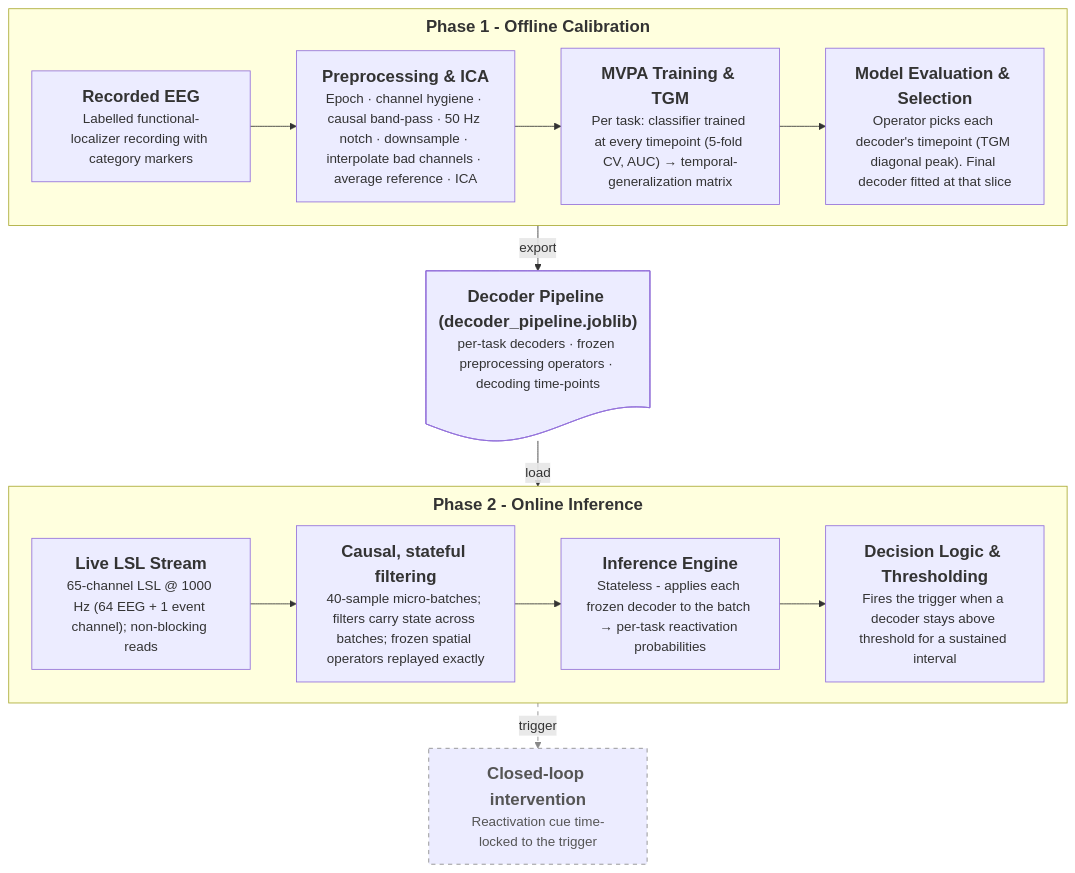
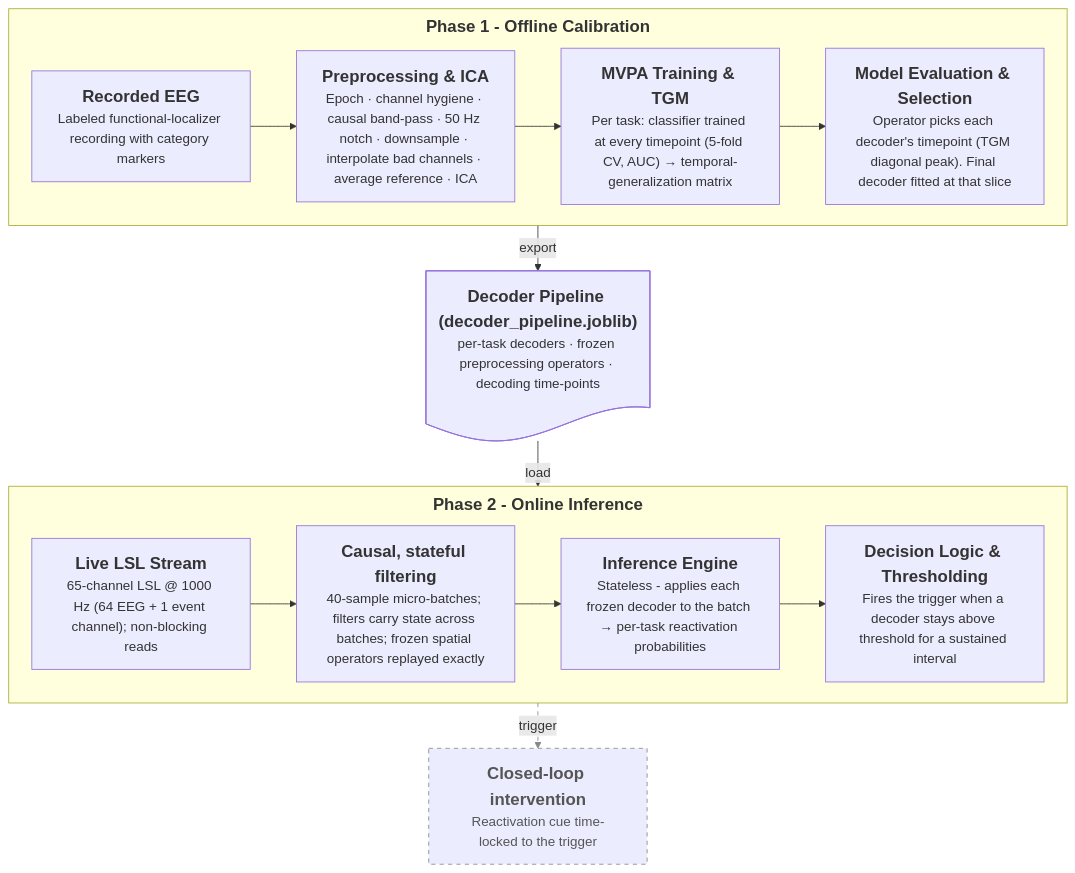
One commit to roiguri/live-reactivation-decoder changed the second of 3 diagrams in docs/diagrams/Project Diagrams Blueprints.md. Above: the diagram before and after it, drawn with Mermaid. The commit also changed other lines of this file and 3 other files, not shown here.

First line of the commit message:
docs(diagrams): add Figure 3 offline preprocessing pipeline

````diff
--- a/docs/diagrams/Project Diagrams Blueprints.md
+++ b/docs/diagrams/Project Diagrams Blueprints.md
@@ -94,41 +94,41 @@
 ```mermaid
 ---
 config:
   flowchart:
     subGraphTitleMargin:
       top: 6
       bottom: 16
     rankSpacing: 30
     nodeSpacing: 30
 ---
 flowchart TB
     subgraph P1["<span style='font-size:20px'><b>Phase 1 - Offline Calibration</b></span>"]
         direction LR
-        Data1["<span style='font-size:20px'><b>Recorded EEG</b></span><br>Labelled functional-localizer recording with category markers"]
+        Data1["<span style='font-size:20px'><b>Recorded EEG</b></span><br>Labeled functional-localizer recording with category markers"]
         Pre1["<span style='font-size:20px'><b>Preprocessing & ICA</b></span><br>Epoch · channel hygiene · causal band-pass · 50 Hz notch · downsample · interpolate bad channels · average reference · ICA"]
         Train1["<span style='font-size:20px'><b>MVPA Training & TGM</b></span><br>Per task: classifier trained at every timepoint (5-fold CV, AUC) → temporal-generalization matrix"]
         Sel1["<span style='font-size:20px'><b>Model Evaluation & Selection</b></span><br>Operator picks each decoder's timepoint (TGM diagonal peak). Final decoder fitted at that slice"]
         Data1 --> Pre1 --> Train1 --> Sel1
     end
 
     Pipe@{ shape: doc, label: "<span style='font-size:20px'><b>Decoder Pipeline (decoder_pipeline.joblib)</b></span><br>per-task decoders · frozen preprocessing operators · decoding time-points" }
 
     subgraph P2["<span style='font-size:20px'><b>Phase 2 - Online Inference</b></span>"]
         direction LR
         Stream2["<span style='font-size:20px'><b>Live LSL Stream</b></span><br>65-channel LSL @ 1000 Hz (64 EEG + 1 event channel); non-blocking reads"]
         Filt2["<span style='font-size:20px'><b>Causal, stateful filtering</b></span><br>40-sample micro-batches; filters carry state across batches; frozen spatial operators replayed exactly"]
         Inf2["<span style='font-size:20px'><b>Inference Engine</b></span><br>Stateless - applies each frozen decoder to the batch → per-task reactivation probabilities"]
         Dec2["<span style='font-size:20px'><b>Decision Logic & Thresholding</b></span><br>Fires the trigger when a decoder stays above threshold for a sustained interval"]
         Stream2 --> Filt2 --> Inf2 --> Dec2
     end
 
     Interv["<span style='font-size:20px'><b>Closed-loop intervention</b></span><br>Reactivation cue time-locked to the trigger"]
 
     Sel1 -->|export| Pipe
     Pipe -->|load| P2
     Dec2 -->|trigger| Interv
 
     classDef future stroke:#888,stroke-dasharray: 5 5,color:#555;
     class Interv future;
     linkStyle 8 stroke:#888,stroke-dasharray: 5 5;
 ```
````
